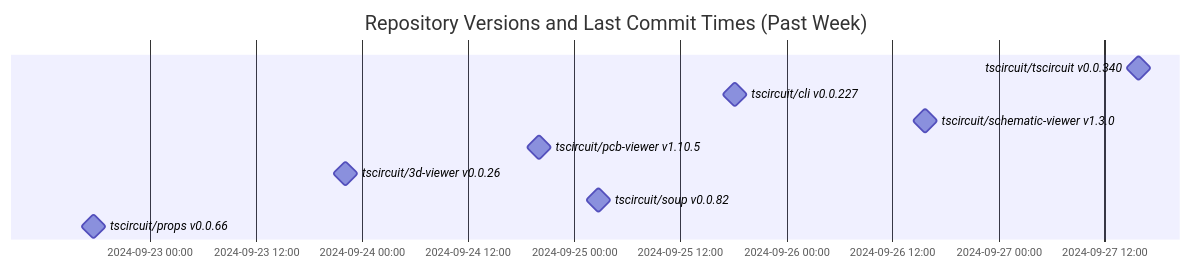
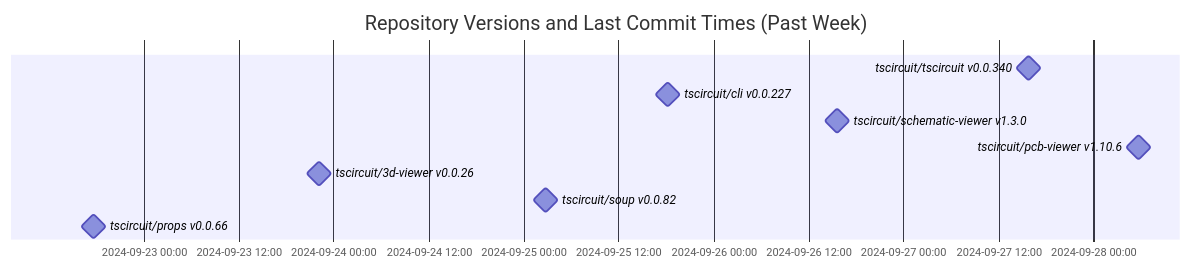
The diagram in README.md (tscircuit/version-tracker), drawn with Mermaid before and after one commit.

Commit message:
Update chart

````diff
--- a/README.md
+++ b/README.md
@@ -1,14 +1,14 @@
 ```mermaid
 gantt
   dateFormat  YYYY-MM-DD HH:mm:ss
   title Repository Versions and Last Commit Times (Past Week)
   axisFormat %Y-%m-%d %H:%M
 
   tscircuit/tscircuit v0.0.340 : milestone, 2024-09-27 15:50:01, 1s
   tscircuit/cli v0.0.227 : milestone, 2024-09-25 18:09:04, 1s
   tscircuit/schematic-viewer v1.3.0 : milestone, 2024-09-26 15:39:47, 1s
-  tscircuit/pcb-viewer v1.10.5 : milestone, 2024-09-24 19:58:10, 1s
+  tscircuit/pcb-viewer v1.10.6 : milestone, 2024-09-28 05:41:44, 1s
   tscircuit/3d-viewer v0.0.26 : milestone, 2024-09-23 22:06:33, 1s
   tscircuit/soup v0.0.82 : milestone, 2024-09-25 02:48:20, 1s
   tscircuit/props v0.0.66 : milestone, 2024-09-22 17:38:44, 1s
 ```
````
